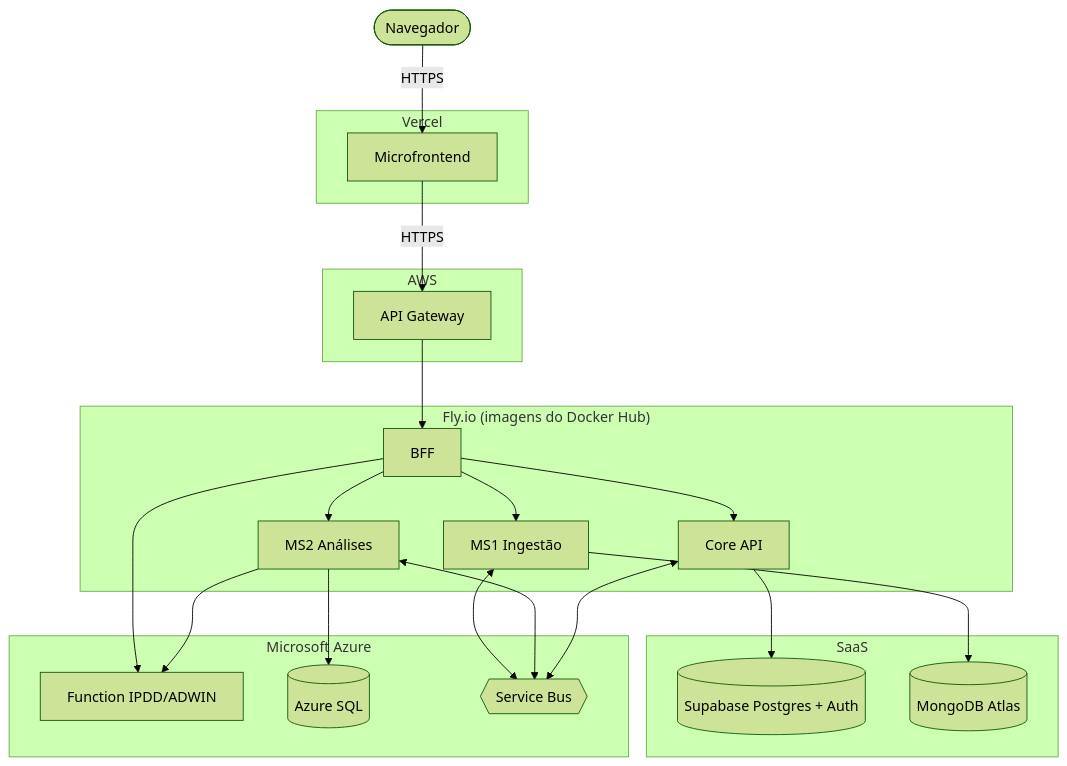
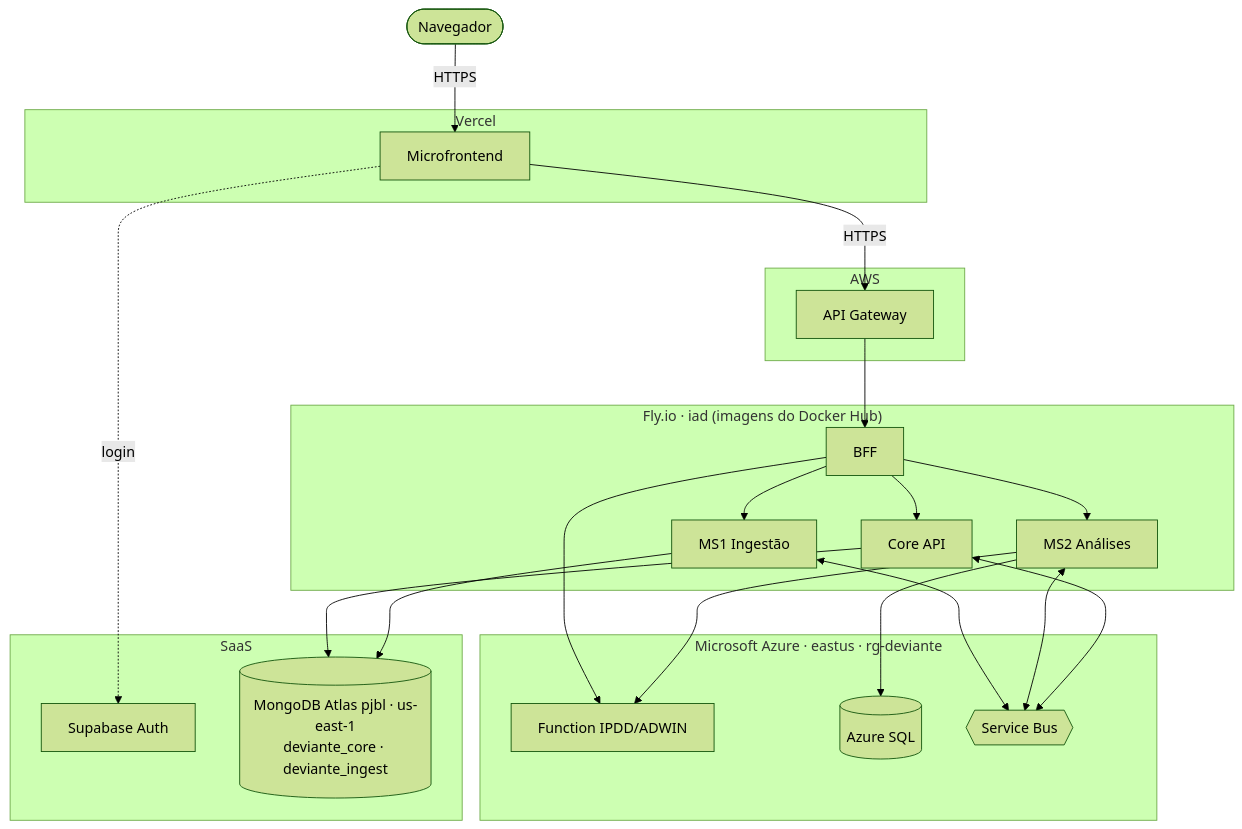
Before and after one commit to aland3r/deviante-docs: the tenth of 13 diagrams in architecture/arc42.md, drawn with Mermaid (forest theme). The commit also changed other lines of this file, not shown here.

First line of the commit message:
arc42: Core no MongoDB Atlas, Supabase só para identidade (ADR 03 e 08, §1.1, §2, §4, §5, §7, §8, §11)

````diff
--- a/architecture/arc42.md
+++ b/architecture/arc42.md
@@ -649,34 +649,35 @@
 ```mermaid
 flowchart TB
     browser([Navegador])
     subgraph vercel["Vercel"]
         fe["Microfrontend"]
     end
     subgraph aws["AWS"]
         gw["API Gateway"]
     end
-    subgraph fly["Fly.io (imagens do Docker Hub)"]
+    subgraph fly["Fly.io · iad (imagens do Docker Hub)"]
         bff["BFF"]
         core["Core API"]
         ms1["MS1 Ingestão"]
         ms2["MS2 Análises"]
     end
-    subgraph azure["Microsoft Azure"]
+    subgraph azure["Microsoft Azure · eastus · rg-deviante"]
         fn["Function IPDD/ADWIN"]
         sql[("Azure SQL")]
         bus{{"Service Bus"}}
     end
     subgraph saas["SaaS"]
-        supa[("Supabase Postgres + Auth")]
-        mongo[("MongoDB Atlas")]
+        supa["Supabase Auth"]
+        mongo[("MongoDB Atlas pjbl · us-east-1<br/>deviante_core · deviante_ingest")]
     end
     browser -->|HTTPS| fe
     fe -->|HTTPS| gw --> bff
     bff --> core & ms1 & ms2
     bff --> fn
     ms2 --> fn
-    core --> supa
+    fe -.->|login| supa
+    core --> mongo
     ms1 --> mongo
     ms2 --> sql
     ms1 & ms2 & core <--> bus
 ```
````
